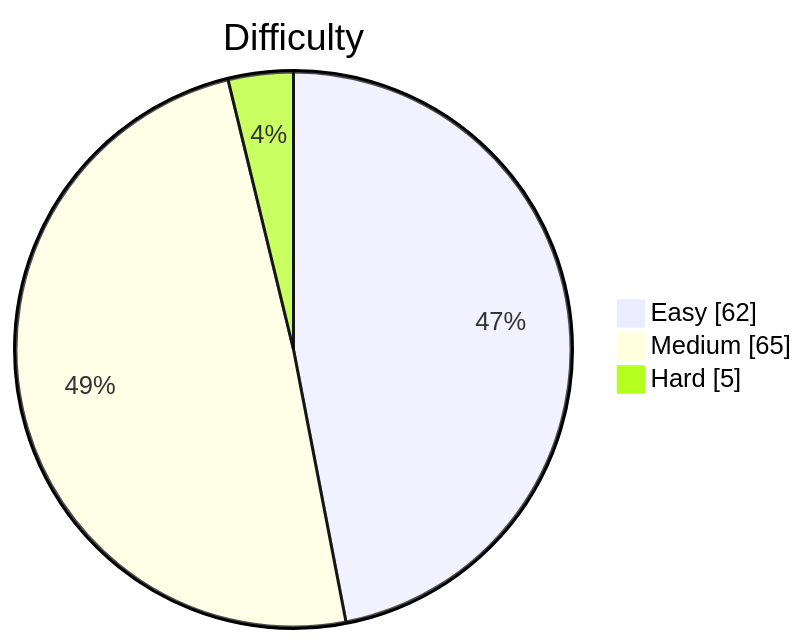
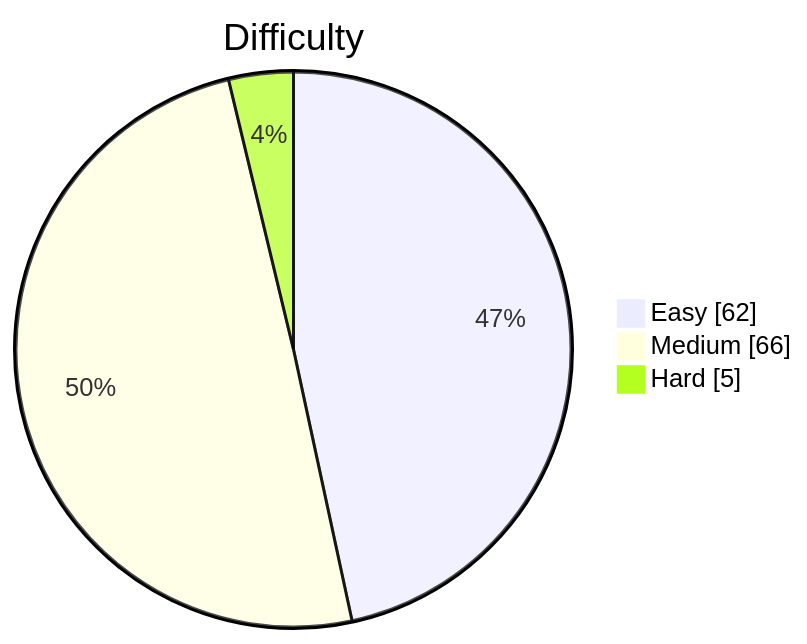
The diagram in README.md (kevstevie/python-algo-practice), drawn with Mermaid before and after one commit. The commit also changed other lines of this file, not shown here.

````diff
--- a/README.md
+++ b/README.md
@@ -13,7 +13,7 @@
 ```mermaid
 pie showData
     title Difficulty
     "Easy"   : 62
-    "Medium" : 65
+    "Medium" : 66
     "Hard"   : 5
 ```
````
